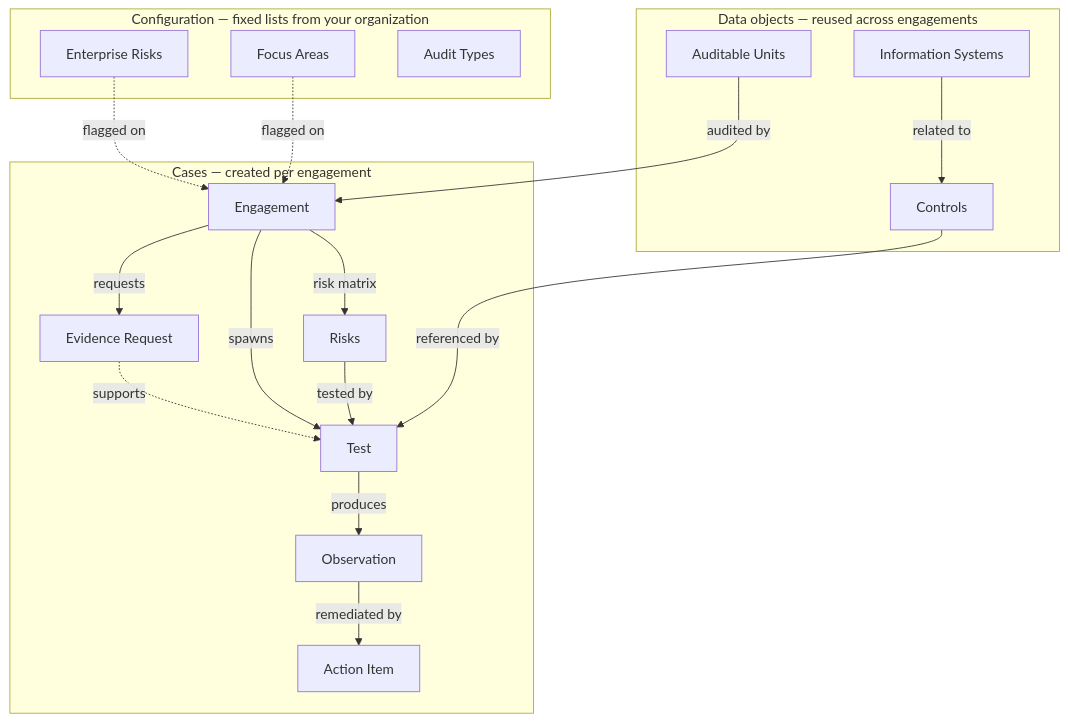
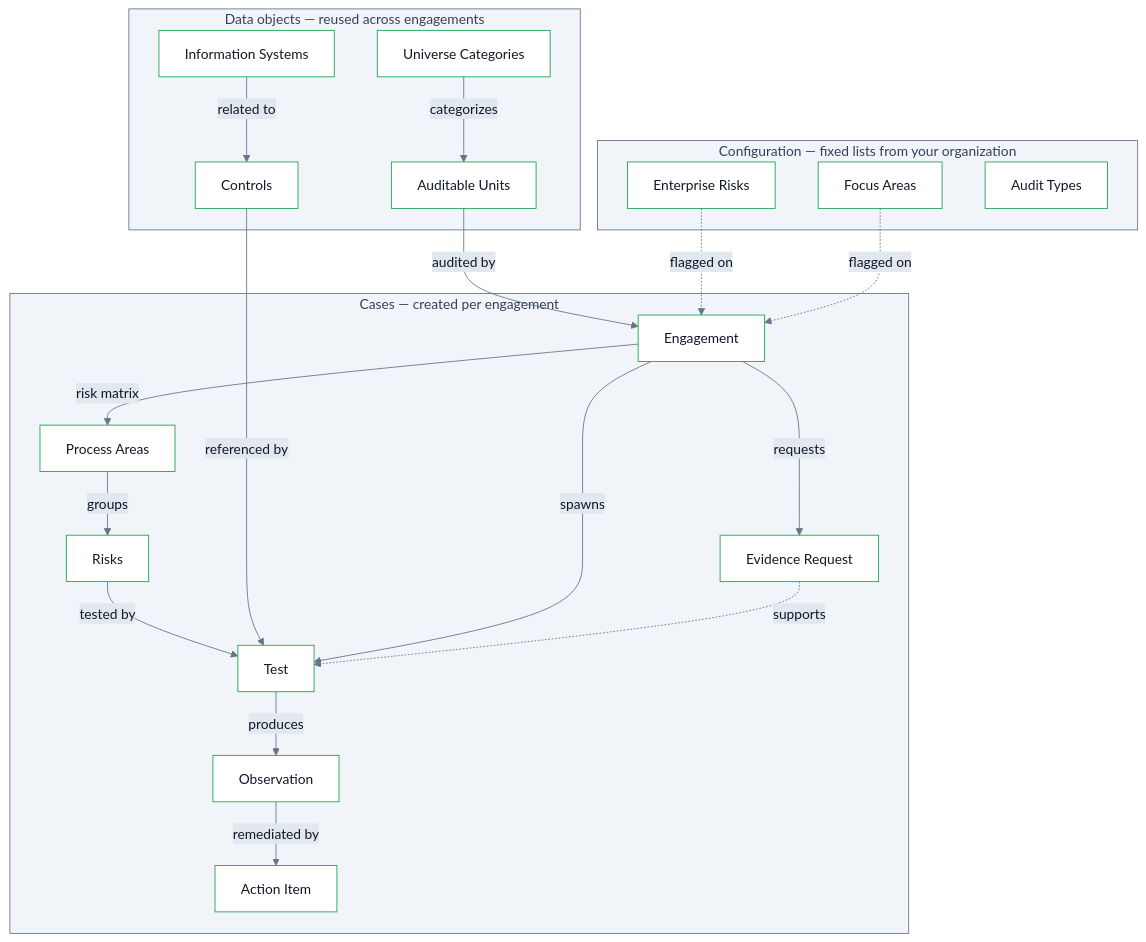
One commit to ArjunMash/docs changed the diagram in data-model.mdx. Above: the diagram before and after it, drawn with Mermaid. The commit also changed other lines of this file and 14 other files, not shown here.

Commit message:
Added swimlane diagrams

````diff
--- a/data-model.mdx
+++ b/data-model.mdx
@@ -8,36 +8,41 @@
 ```mermaid
+%%{init: {"theme":"base","themeVariables":{"primaryColor":"#ffffff","primaryBorderColor":"#16a34a","primaryTextColor":"#111827","lineColor":"#64748b","clusterBkg":"#f1f5f9","clusterBorder":"#64748b","titleColor":"#334155","edgeLabelBackground":"#e2e8f0","fontFamily":"ui-sans-serif, system-ui, sans-serif"},"flowchart":{"curve":"basis"}}}%%
 graph TD
   subgraph Config["Configuration — fixed lists from your organization"]
     ERISK[Enterprise Risks]
     FA[Focus Areas]
     AT[Audit Types]
   end
 
   subgraph Library["Data objects — reused across engagements"]
+    UC[Universe Categories]
     AU[Auditable Units]
     CTRL[Controls]
     IS[Information Systems]
   end
 
   subgraph Cases["Cases — created per engagement"]
     ENG[Engagement]
+    PA[Process Areas]
     RISK[Risks]
     TEST[Test]
     EVR[Evidence Request]
     OBS[Observation]
     AI[Action Item]
   end
 
+  UC -- "categorizes" --> AU
   AU -- "audited by" --> ENG
   ERISK -. "flagged on" .-> ENG
   FA -. "flagged on" .-> ENG
   IS -- "related to" --> CTRL
-  ENG -- "risk matrix" --> RISK
+  ENG -- "risk matrix" --> PA
+  PA -- "groups" --> RISK
   RISK -- "tested by" --> TEST
   CTRL -- "referenced by" --> TEST
   ENG -- "spawns" --> TEST
   ENG -- "requests" --> EVR
   EVR -. "supports" .-> TEST
   TEST -- "produces" --> OBS
   OBS -- "remediated by" --> AI
 ```
````
